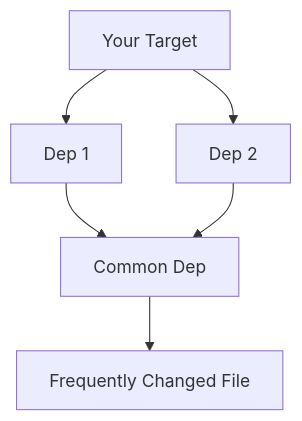
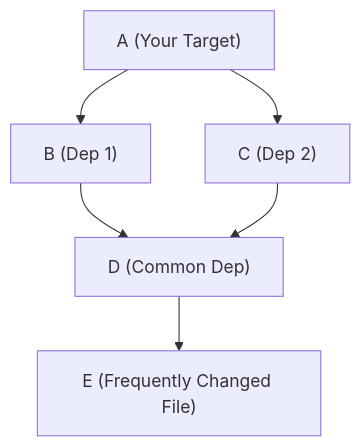
One commit to toumorokoshi/depsaw changed the first of 2 diagrams in design/finding-highest-impact-deps.md. Above: the diagram before and after it, drawn with Mermaid. The commit also changed other lines of this file and 10 other files, not shown here.

````diff
--- a/design/finding-highest-impact-deps.md
+++ b/design/finding-highest-impact-deps.md
@@ -15,8 +15,8 @@
 ```mermaid
 graph TD
-    A[Your Target] --> B[Dep 1]
-    A --> C[Dep 2]
-    B --> D[Common Dep]
+    A["A (Your Target)"] --> B["B (Dep 1)"]
+    A --> C["C (Dep 2)"]
+    B --> D["D (Common Dep)"]
     C --> D
-    D --> E[Frequently Changed File]
+    D --> E["E (Frequently Changed File)"]
 ```
````
